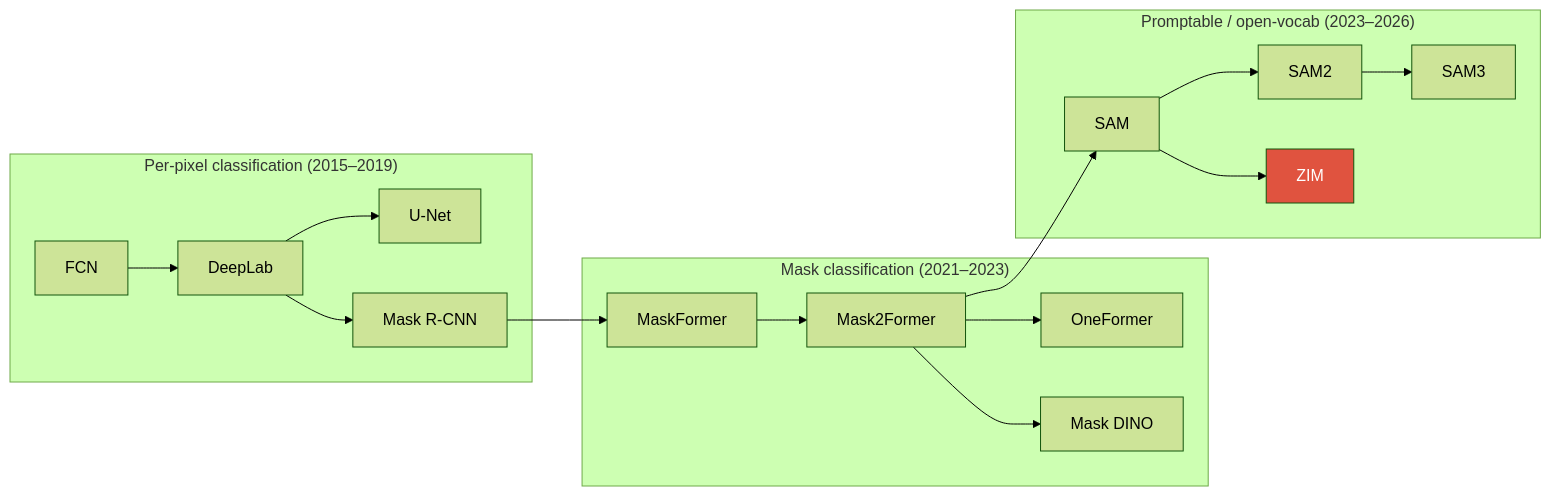
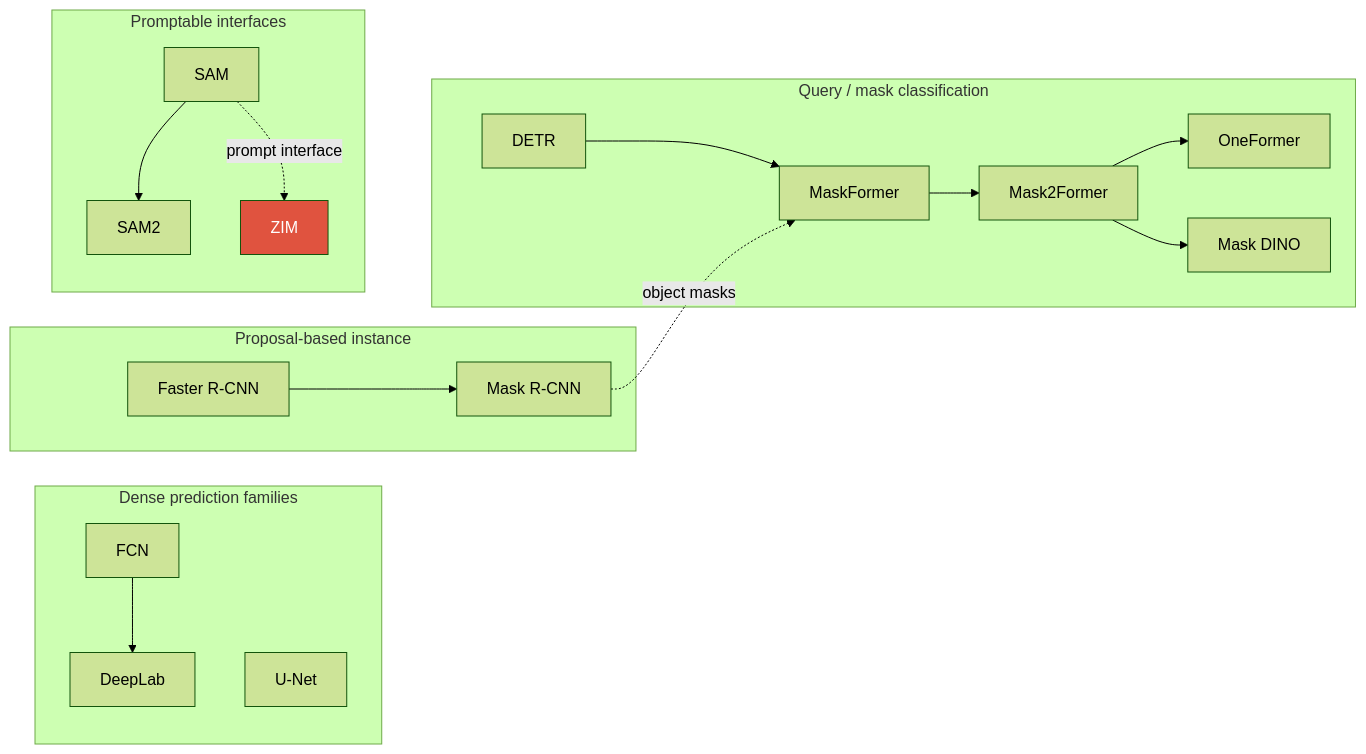
The diagram in content/cv/segmentation.ko.md (beomyoung-kim/ml_study), drawn with Mermaid (forest theme) before and after one commit. The commit also changed other lines of this file and 209 other files, not shown here.

````diff
--- a/content/cv/segmentation.ko.md
+++ b/content/cv/segmentation.ko.md
@@ -20,18 +68,21 @@
 ```mermaid
 flowchart LR
-  subgraph legacy ["Per-pixel classification (2015–2019)"]
-    FCN --> DeepLab --> UNet[U-Net]
-    DeepLab --> MRCNN[Mask R-CNN]
+  subgraph dense ["Dense prediction families"]
+    FCN --> DeepLab
+    UNet[U-Net]
   end
-  subgraph modern ["Mask classification (2021–2023)"]
-    MF[MaskFormer] --> M2F[Mask2Former] --> OF[OneFormer]
+  subgraph instance ["Proposal-based instance"]
+    FRCNN[Faster R-CNN] --> MRCNN[Mask R-CNN]
+  end
+  subgraph modern ["Query / mask classification"]
+    DETR --> MF[MaskFormer] --> M2F[Mask2Former]
+    M2F --> OF[OneFormer]
     M2F --> MDINO[Mask DINO]
   end
-  subgraph foundation ["Promptable / open-vocab (2023–2026)"]
-    SAM --> SAM2 --> SAM3
-    SAM --> ZIM
+  subgraph promptable ["Promptable interfaces"]
+    SAM --> SAM2
+    SAM -. prompt interface .-> ZIM
   end
-  MRCNN --> MF
-  M2F --> SAM
+  MRCNN -. object masks .-> MF
   style ZIM fill:#e0533f,color:#fff
 ```
````
